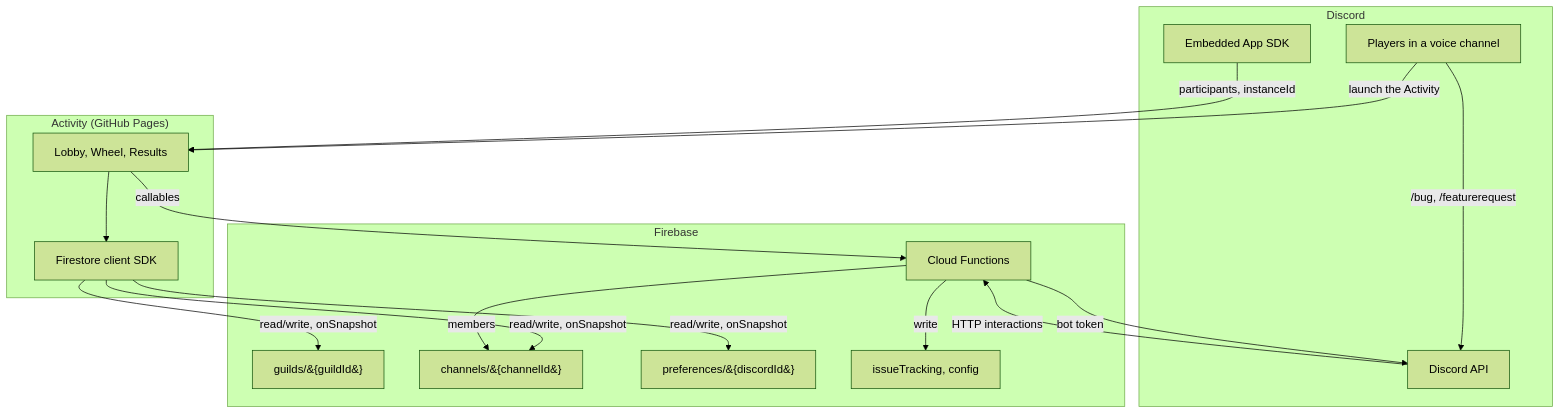
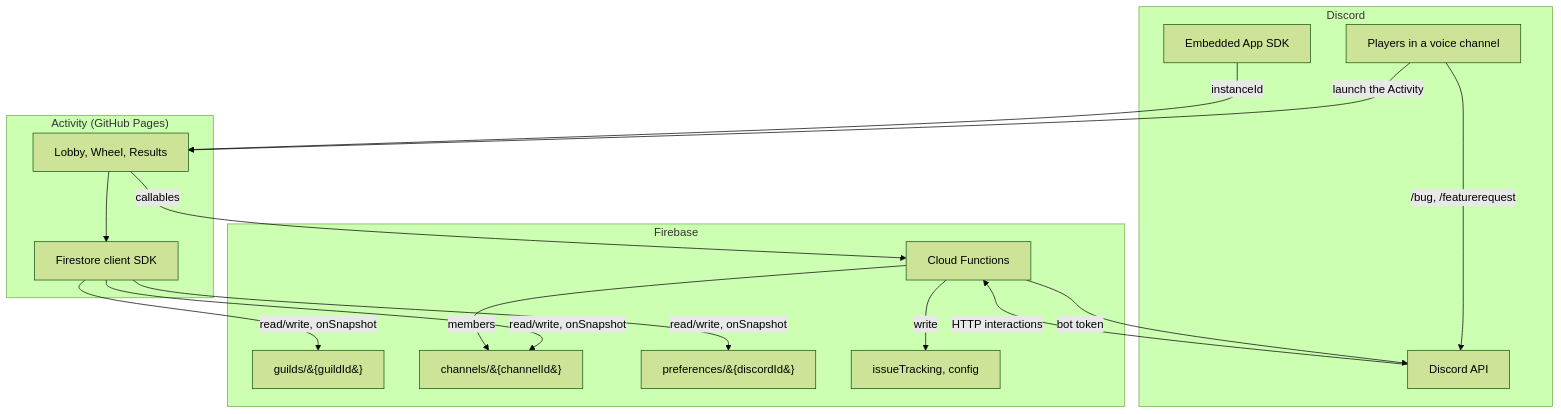
Before and after one commit to TytaniumDev/MythicPlusDiscordBot: the first of 5 diagrams in ARCHITECTURE.md, drawn with Mermaid (forest theme). The commit also changed other lines of this file and 8 other files, not shown here.

````diff
--- a/ARCHITECTURE.md
+++ b/ARCHITECTURE.md
@@ -21,33 +21,33 @@
 ```mermaid
 flowchart TB
     subgraph Discord["Discord"]
         User[Players in a voice channel]
         SDK[Embedded App SDK]
         API[Discord API]
     end
 
     subgraph Frontend["Activity (GitHub Pages)"]
         UI[Lobby, Wheel, Results]
         UI --> FirestoreClient[Firestore client SDK]
     end
 
     subgraph Firebase["Firebase"]
         Guilds[guilds/&#123;guildId&#125;]
         Channels[channels/&#123;channelId&#125;]
         Preferences[preferences/&#123;discordId&#125;]
         Sidecars[issueTracking, config]
         Functions[Cloud Functions]
     end
 
     User -->|launch the Activity| UI
-    SDK -->|participants, instanceId| UI
+    SDK -->|instanceId| UI
     FirestoreClient -->|read/write, onSnapshot| Guilds
     FirestoreClient -->|read/write, onSnapshot| Channels
     FirestoreClient -->|read/write, onSnapshot| Preferences
     UI -->|callables| Functions
     User -->|/bug, /featurerequest| API
     API -->|HTTP interactions| Functions
     Functions -->|bot token| API
     Functions -->|members| Channels
     Functions -->|write| Sidecars
 ```
````
